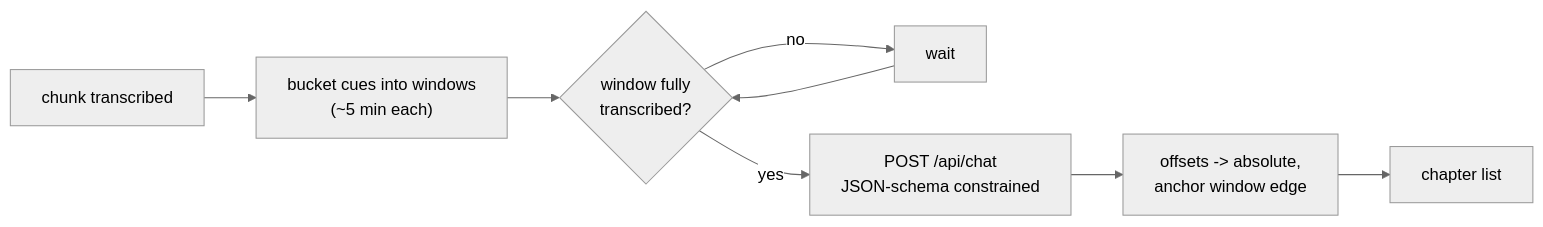
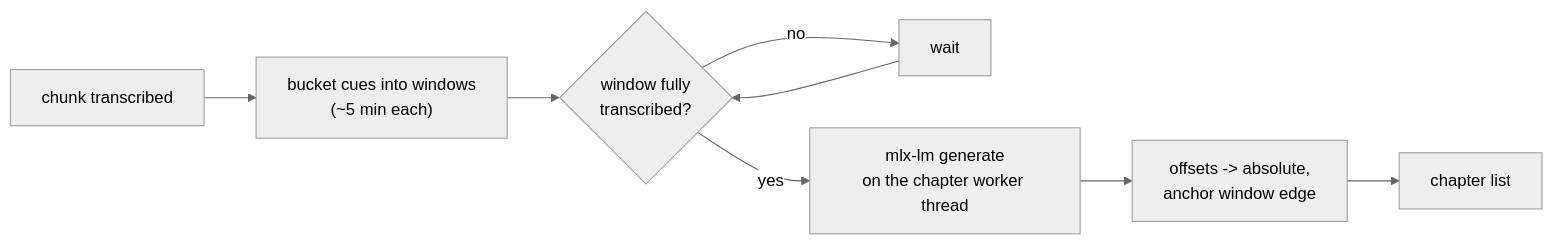
Before and after one commit to sharathkrml/overhear-subs: the fourth of 4 diagrams in README.md, drawn with Mermaid (neutral theme). The commit also changed other lines of this file and 10 other files, not shown here.

First line of the commit message:
Refactor chapter handling to use MLX-LM model

````diff
--- a/README.md
+++ b/README.md
@@ -223,10 +222,10 @@
 ```mermaid
 flowchart LR
   A[chunk transcribed] --> B["bucket cues into windows<br/>(~5 min each)"]
   B --> C{"window fully<br/>transcribed?"}
   C -- no --> D[wait]
   D --> C
-  C -- yes --> E["POST /api/chat<br/>JSON-schema constrained"]
+  C -- yes --> E["mlx-lm generate<br/>on the chapter worker thread"]
   E --> F["offsets -> absolute,<br/>anchor window edge"]
   F --> G[chapter list]
 ```
````
